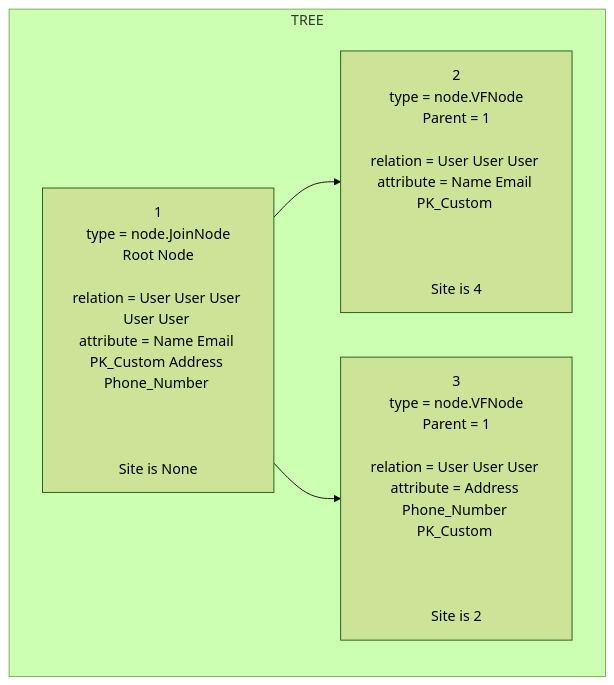
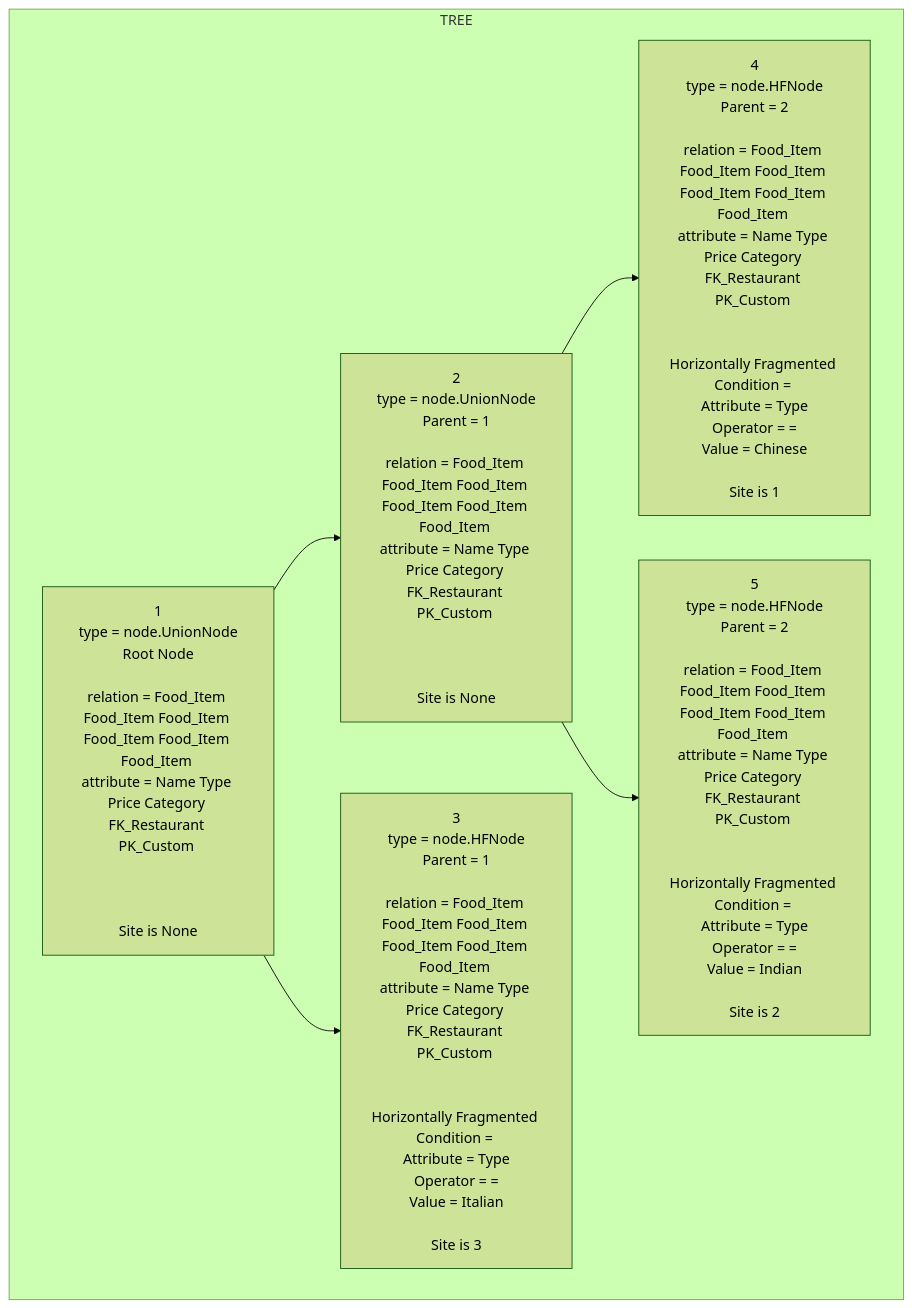
The diagram in phase3/src/complete.md (krtikgrg/Distributed_Database_System), drawn with Mermaid (forest theme) before and after one commit. The commit also changed 7 other files, not shown here.

````diff
--- a/phase3/src/complete.md
+++ b/phase3/src/complete.md
@@ -1,10 +1,14 @@
 ```mermaid
 graph TD
 subgraph TREE
-1[1<br/>type = node.JoinNode<br/>Root Node<br/><br/>relation = User User User User User <br/>attribute = Name Email PK_Custom Address Phone_Number <br/><br/><br/><br/>Site is None<br/>]
-2[2<br/>type = node.VFNode<br/>Parent = 1<br/><br/>relation = User User User <br/>attribute = Name Email PK_Custom <br/><br/><br/><br/>Site is 4<br/>]
+1[1<br/>type = node.UnionNode<br/>Root Node<br/><br/>relation = Food_Item Food_Item Food_Item Food_Item Food_Item Food_Item <br/>attribute = Name Type Price Category FK_Restaurant PK_Custom <br/><br/><br/><br/>Site is None<br/>]
+2[2<br/>type = node.UnionNode<br/>Parent = 1<br/><br/>relation = Food_Item Food_Item Food_Item Food_Item Food_Item Food_Item <br/>attribute = Name Type Price Category FK_Restaurant PK_Custom <br/><br/><br/><br/>Site is None<br/>]
 1-->2
-3[3<br/>type = node.VFNode<br/>Parent = 1<br/><br/>relation = User User User <br/>attribute = Address Phone_Number PK_Custom <br/><br/><br/><br/>Site is 2<br/>]
+3[3<br/>type = node.HFNode<br/>Parent = 1<br/><br/>relation = Food_Item Food_Item Food_Item Food_Item Food_Item Food_Item <br/>attribute = Name Type Price Category FK_Restaurant PK_Custom <br/><br/><br/>Horizontally Fragmented Condition = <br/>Attribute = Type<br/>Operator = =<br/>Value = Italian<br/><br/>Site is 3<br/>]
 1-->3
+4[4<br/>type = node.HFNode<br/>Parent = 2<br/><br/>relation = Food_Item Food_Item Food_Item Food_Item Food_Item Food_Item <br/>attribute = Name Type Price Category FK_Restaurant PK_Custom <br/><br/><br/>Horizontally Fragmented Condition = <br/>Attribute = Type<br/>Operator = =<br/>Value = Chinese<br/><br/>Site is 1<br/>]
+2-->4
+5[5<br/>type = node.HFNode<br/>Parent = 2<br/><br/>relation = Food_Item Food_Item Food_Item Food_Item Food_Item Food_Item <br/>attribute = Name Type Price Category FK_Restaurant PK_Custom <br/><br/><br/>Horizontally Fragmented Condition = <br/>Attribute = Type<br/>Operator = =<br/>Value = Indian<br/><br/>Site is 2<br/>]
+2-->5
 end
 ```
````
